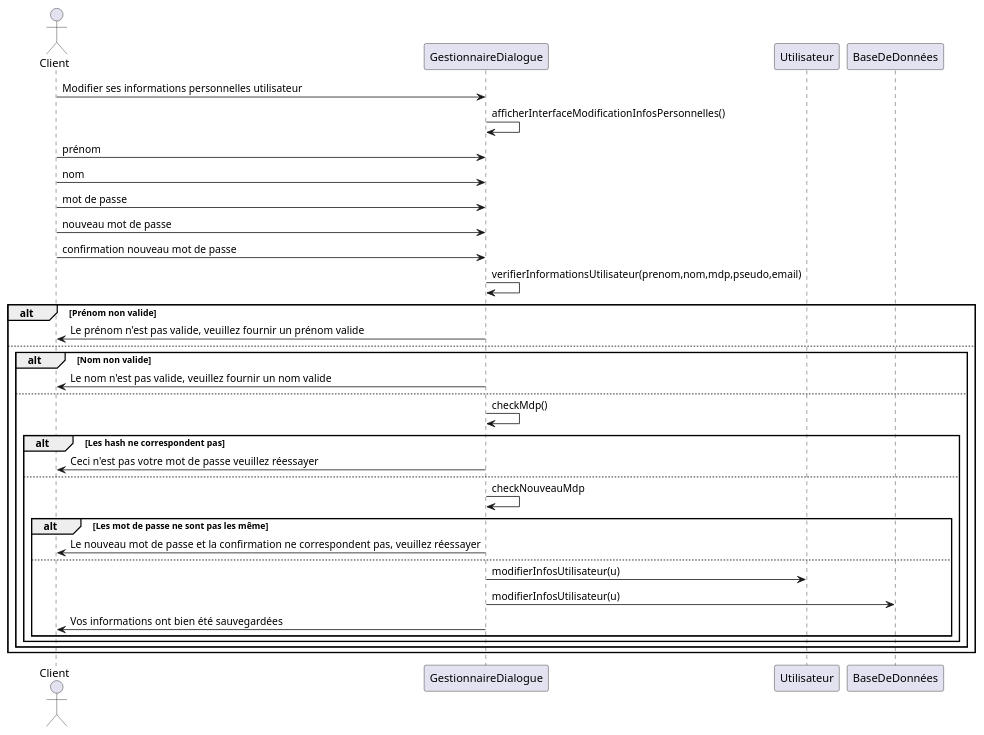
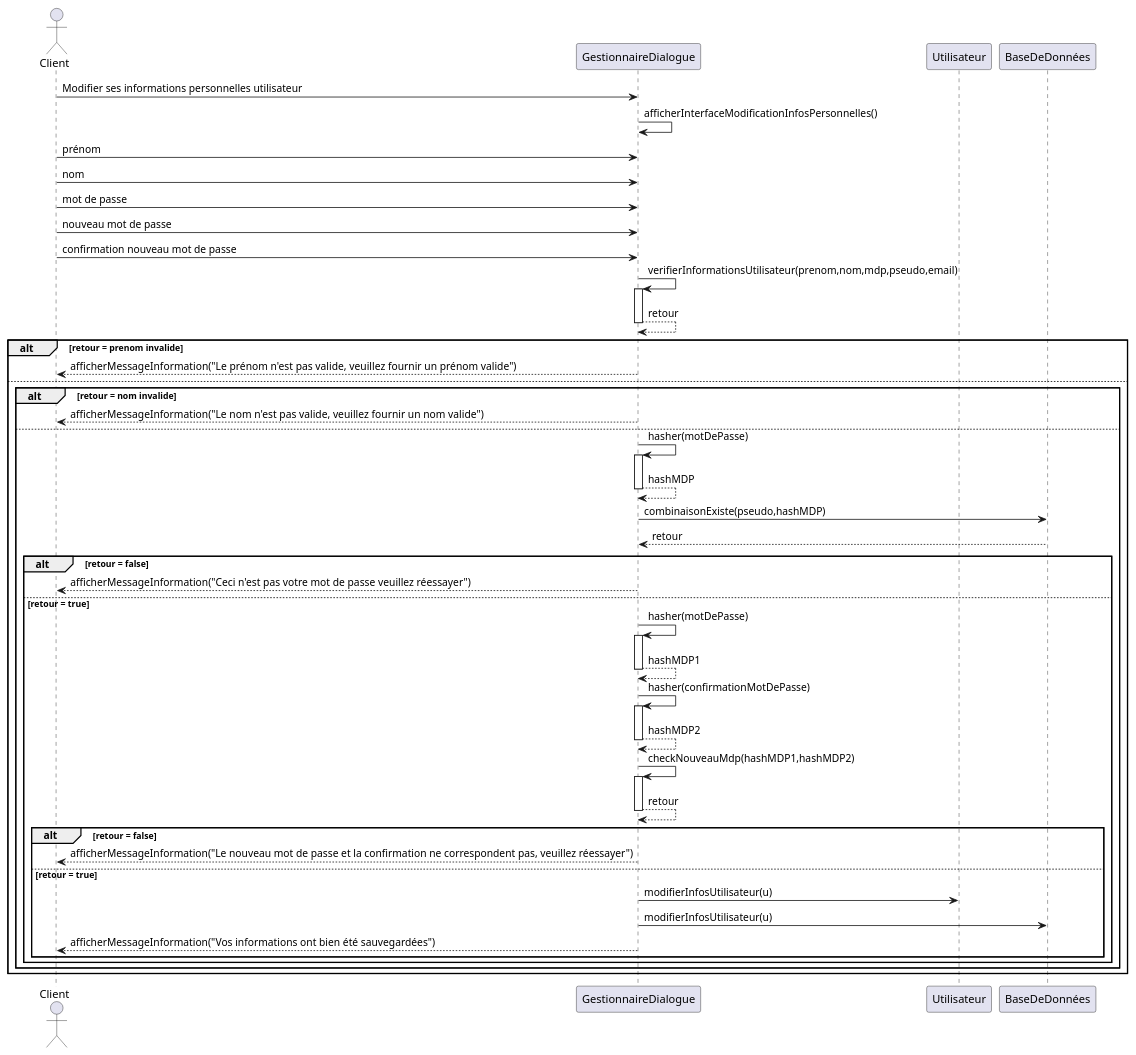
The diagram in diagrammes/conception/-modifier-infos-personnelles-utilisateur.puml (lmtb06/sharecount), drawn with PlantUML before and after one commit.

Commit message:
Terminé le cas de modifier-infos-personnelles.puml

```diff
--- a/diagrammes/conception/-modifier-infos-personnelles-utilisateur.puml
+++ b/diagrammes/conception/-modifier-infos-personnelles-utilisateur.puml
@@ -1,36 +1,45 @@
 @startuml Modifier infos personnelles
 actor "Client" as user
-participant GestionnaireDialogue as sc
+participant GestionnaireDialogue as gd
 participant Utilisateur as u
 participant BaseDeDonnées as bdd
 
-user -> sc : Modifier ses informations personnelles utilisateur
-sc 	-> 	sc : afficherInterfaceModificationInfosPersonnelles()
-user 	-> 	sc : prénom
-user 	-> 	sc : nom
-user 	-> 	sc : mot de passe
-user 	-> 	sc : nouveau mot de passe
-user 	-> 	sc : confirmation nouveau mot de passe
-sc 	-> 	sc : verifierInformationsUtilisateur(prenom,nom,mdp,pseudo,email)
-alt Prénom non valide
-user 	<- 	sc : Le prénom n'est pas valide, veuillez fournir un prénom valide
+user -> gd : Modifier ses informations personnelles utilisateur
+gd 	-> 	gd : afficherInterfaceModificationInfosPersonnelles()
+user 	-> 	gd : prénom
+user 	-> 	gd : nom
+user 	-> 	gd : mot de passe
+user 	-> 	gd : nouveau mot de passe
+user 	-> 	gd : confirmation nouveau mot de passe
+gd 	-> 	gd ++: verifierInformationsUtilisateur(prenom,nom,mdp,pseudo,email)
+gd 	--> 	gd --: retour
+alt retour = prenom invalide
+user 	<-- 	gd : afficherMessageInformation("Le prénom n'est pas valide, veuillez fournir un prénom valide")
 else
-alt Nom non valide
-user 	<- 	sc : Le nom n'est pas valide, veuillez fournir un nom valide
+alt retour = nom invalide
+user 	<-- 	gd : afficherMessageInformation("Le nom n'est pas valide, veuillez fournir un nom valide")
 else
-sc 	->	sc : checkMdp()
-alt Les hash ne correspondent pas
-user 	<- 	sc : Ceci n'est pas votre mot de passe veuillez réessayer
-else
-sc 	-> 	sc : checkNouveauMdp
-alt Les mot de passe ne sont pas les même
-user 	<- 	sc : Le nouveau mot de passe et la confirmation ne correspondent pas, veuillez réessayer
-else
-sc 	-> 	u : modifierInfosUtilisateur(u)
-sc 	-> 	bdd : modifierInfosUtilisateur(u)
-user 	<- 	sc : Vos informations ont bien été sauvegardées
+gd 	-> gd ++: hasher(motDePasse)
+gd 	--> gd --: hashMDP
+gd -> bdd : combinaisonExiste(pseudo,hashMDP)
+bdd --> gd : retour
+alt retour = false
+user 	<-- 	gd : afficherMessageInformation("Ceci n'est pas votre mot de passe veuillez réessayer")
+else retour = true
+gd 	-> gd ++: hasher(motDePasse)
+gd 	--> gd --: hashMDP1
+gd 	-> gd ++: hasher(confirmationMotDePasse)
+gd 	--> gd --: hashMDP2
+gd 	-> 	gd ++: checkNouveauMdp(hashMDP1,hashMDP2)
+gd --> gd --: retour 
+alt retour = false
+user 	<-- 	gd : afficherMessageInformation("Le nouveau mot de passe et la confirmation ne correspondent pas, veuillez réessayer")
+else retour = true
+gd 	-> 	u : modifierInfosUtilisateur(u)
+gd 	-> 	bdd : modifierInfosUtilisateur(u)
+user 	<-- 	gd : afficherMessageInformation("Vos informations ont bien été sauvegardées")
 end
 end
 end
 end
 @enduml
```
